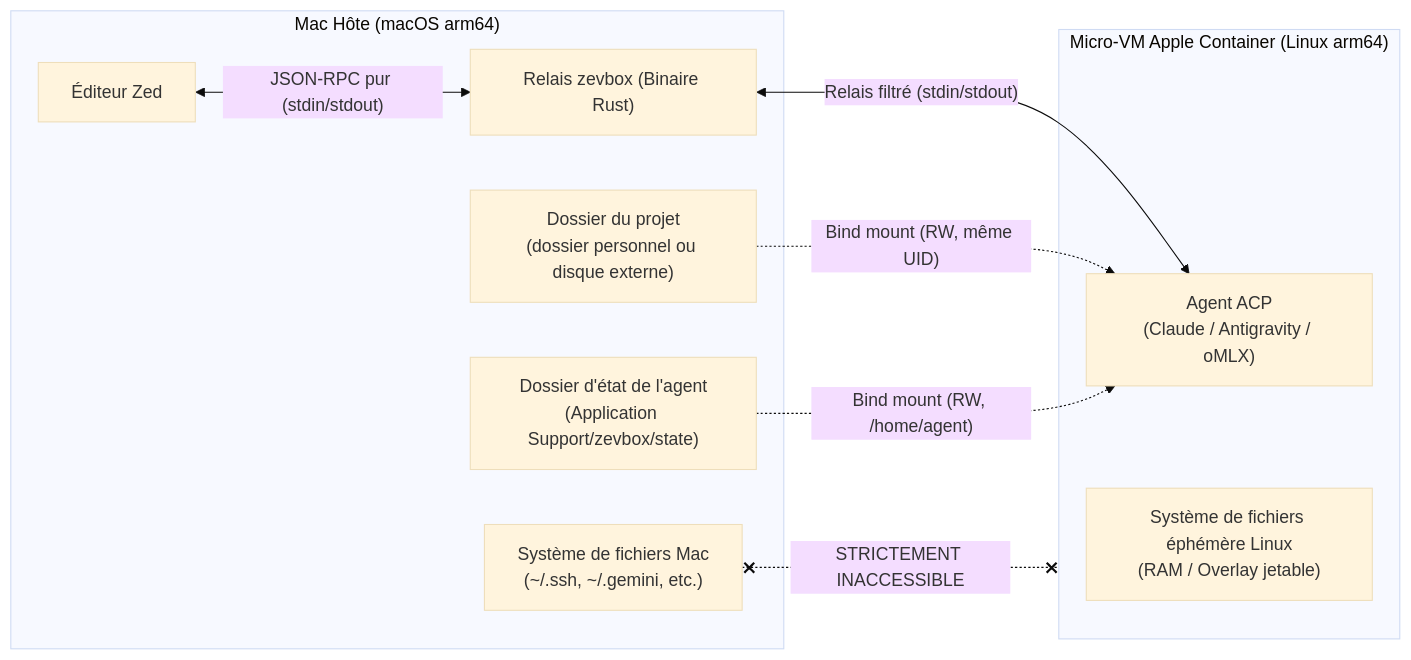
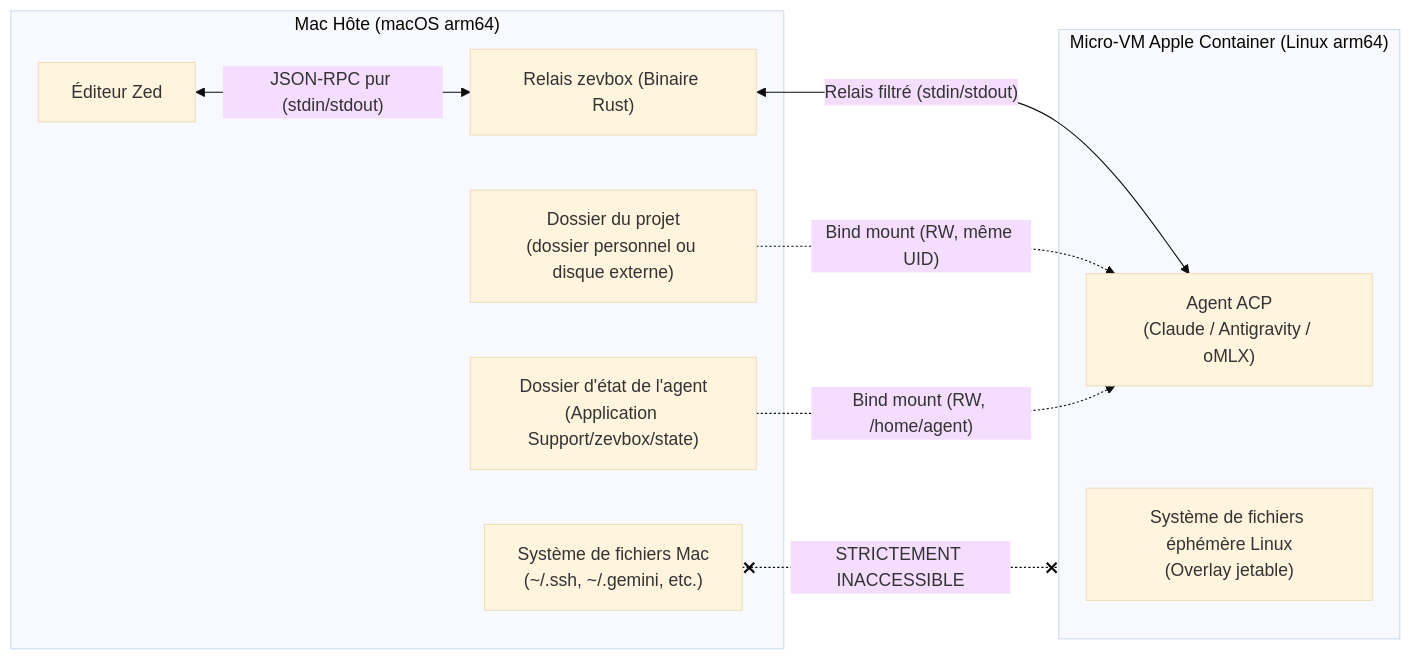
One commit to brainztorm/zevbox changed the first of 8 diagrams in docs/fr/ARCHITECTURE.md. Above: the diagram before and after it, drawn with Mermaid (base theme). The commit also changed other lines of this file and 12 other files, not shown here.

````diff
--- a/docs/fr/ARCHITECTURE.md
+++ b/docs/fr/ARCHITECTURE.md
@@ -22,21 +22,21 @@
 ```mermaid
 flowchart LR
     subgraph Host ["Mac Hôte (macOS arm64)"]
         Zed["Éditeur Zed"]
         Zevbox["Relais zevbox (Binaire Rust)"]
         UserFS["Système de fichiers Mac\n(~/.ssh, ~/.gemini, etc.)"]
         ProjectDir["Dossier du projet\n(dossier personnel ou disque externe)"]
         StateDir["Dossier d'état de l'agent\n(Application Support/zevbox/state)"]
     end
 
     subgraph VM ["Micro-VM Apple Container (Linux arm64)"]
         Agent["Agent ACP\n(Claude / Antigravity / oMLX)"]
-        VMFS["Système de fichiers éphémère Linux\n(RAM / Overlay jetable)"]
+        VMFS["Système de fichiers éphémère Linux\n(Overlay jetable)"]
     end
 
     Zed <-->|"JSON-RPC pur (stdin/stdout)"| Zevbox
     Zevbox <-->|"Relais filtré (stdin/stdout)"| Agent
     ProjectDir -.->|"Bind mount (RW, même UID)"| Agent
     StateDir -.->|"Bind mount (RW, /home/agent)"| Agent
     UserFS x-.-x|"STRICTEMENT INACCESSIBLE"| VM
 ```
````
